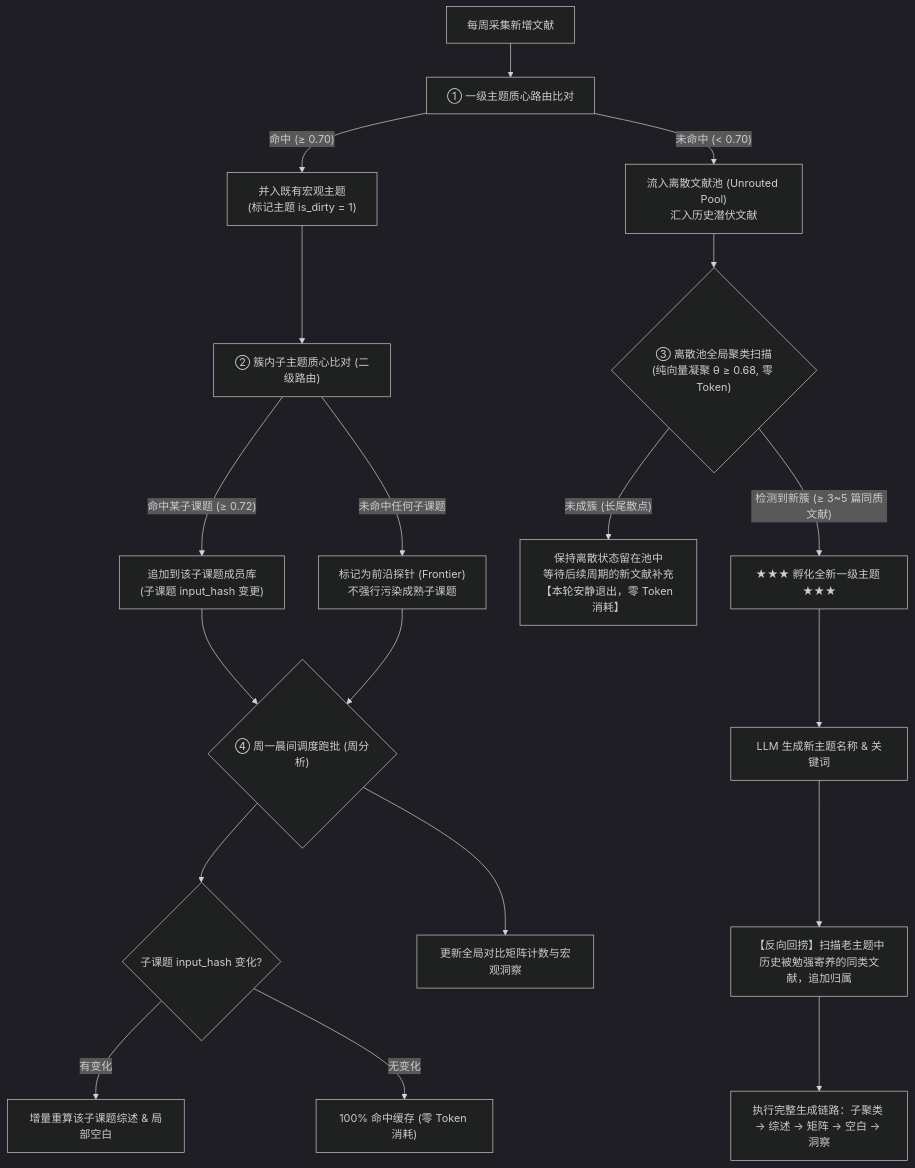
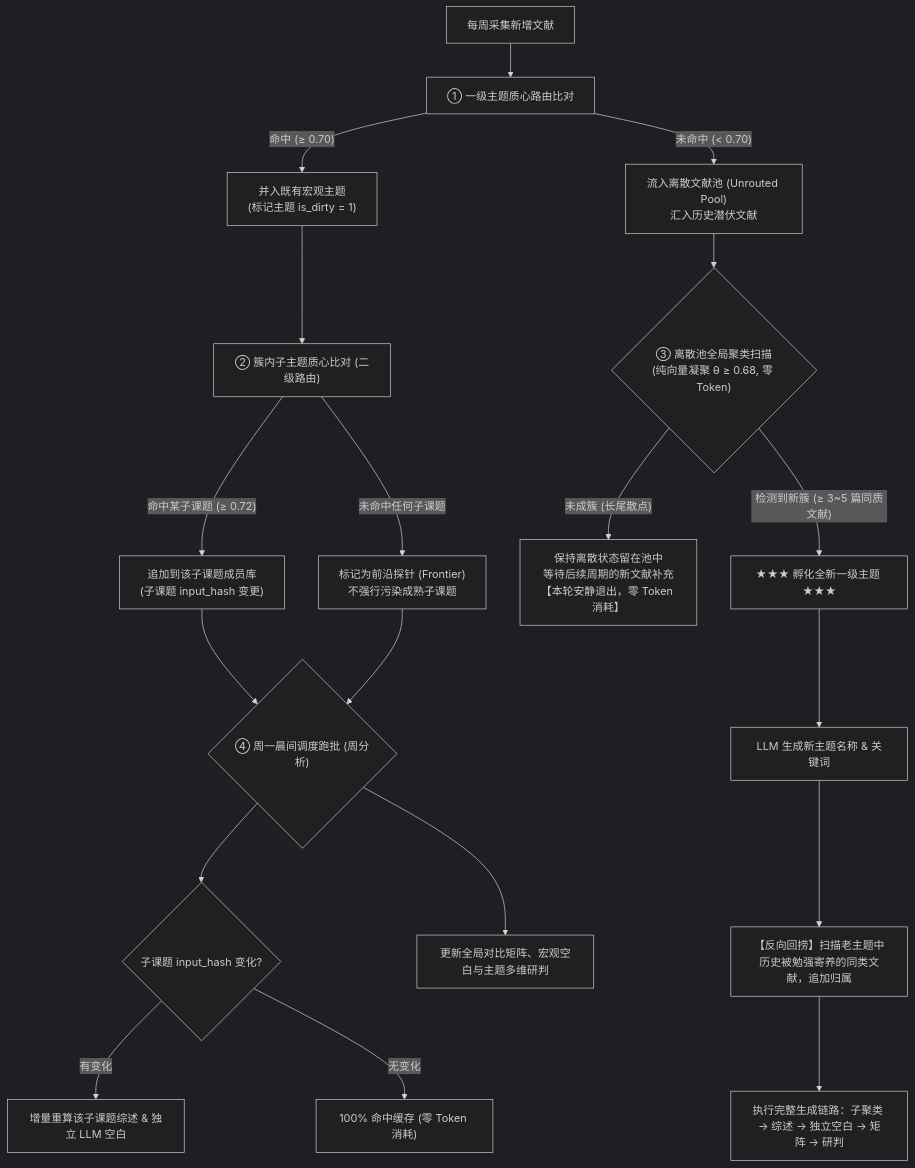
One commit to xulei-shl/lis-rss-daily changed the second of 2 diagrams in docs/项目文档/主题聚类与洞察重构方案-分层语义聚簇与增量演进.md. Above: the diagram before and after it, drawn with Mermaid (dark theme). The commit also changed other lines of this file, not shown here.

````diff
--- a/docs/项目文档/主题聚类与洞察重构方案-分层语义聚簇与增量演进.md
+++ b/docs/项目文档/主题聚类与洞察重构方案-分层语义聚簇与增量演进.md
@@ -166,26 +211,26 @@
 ```mermaid
 flowchart TD
     WeeklyBatch["每周采集新增文献"] --> Step1["① 一级主题质心路由比对"]
     
     Step1 -- "命中 (≥ 0.70)" --> ExistingTopic["并入既有宏观主题<br/>(标记主题 is_dirty = 1)"]
     Step1 -- "未命中 (< 0.70)" --> DiscretePool["流入离散文献池 (Unrouted Pool)<br/>汇入历史潜伏文献"]
     
     ExistingTopic --> Step2["② 簇内子主题质心比对 (二级路由)"]
     Step2 -- "命中某子课题 (≥ 0.72)" --> SubMember["追加到该子课题成员库<br/>(子课题 input_hash 变更)"]
     Step2 -- "未命中任何子课题" --> FrontierProbe["标记为前沿探针 (Frontier)<br/>不强行污染成熟子课题"]
     
     DiscretePool --> Step3{"③ 离散池全局聚类扫描<br/>(纯向量凝聚 θ ≥ 0.68, 零 Token)"}
     
     Step3 -- "未成簇 (长尾散点)" --> Sleep["保持离散状态留在池中<br/>等待后续周期的新文献补充<br/>【本轮安静退出，零 Token 消耗】"]
     Step3 -- "检测到新簇 (≥ 3~5 篇同质文献)" --> EmergeNew["★★★ 孵化全新一级主题 ★★★"]
     
     EmergeNew --> NameNew["LLM 生成新主题名称 & 关键词"]
     NameNew --> ReclaimOld["【反向回捞】扫描老主题中历史被勉强寄养的同类文献，追加归属"]
-    ReclaimOld --> FullRun["执行完整生成链路：子聚类 → 综述 → 矩阵 → 空白 → 洞察"]
+    ReclaimOld --> FullRun["执行完整生成链路：子聚类 → 综述 → 独立空白 → 矩阵 → 研判"]
     
     SubMember & FrontierProbe --> WeeklyRun{"④ 周一晨间调度跑批 (周分析)"}
     WeeklyRun --> HashCheck{"子课题 input_hash 变化?"}
-    HashCheck -- "有变化" --> ReReview["增量重算该子课题综述 & 局部空白"]
+    HashCheck -- "有变化" --> ReReview["增量重算该子课题综述 & 独立 LLM 空白"]
     HashCheck -- "无变化" --> CacheReview["100% 命中缓存 (零 Token 消耗)"]
-    WeeklyRun --> UpdateGlobal["更新全局对比矩阵计数与宏观洞察"]
+    WeeklyRun --> UpdateGlobal["更新全局对比矩阵、宏观空白与主题多维研判"]
 ```
````
